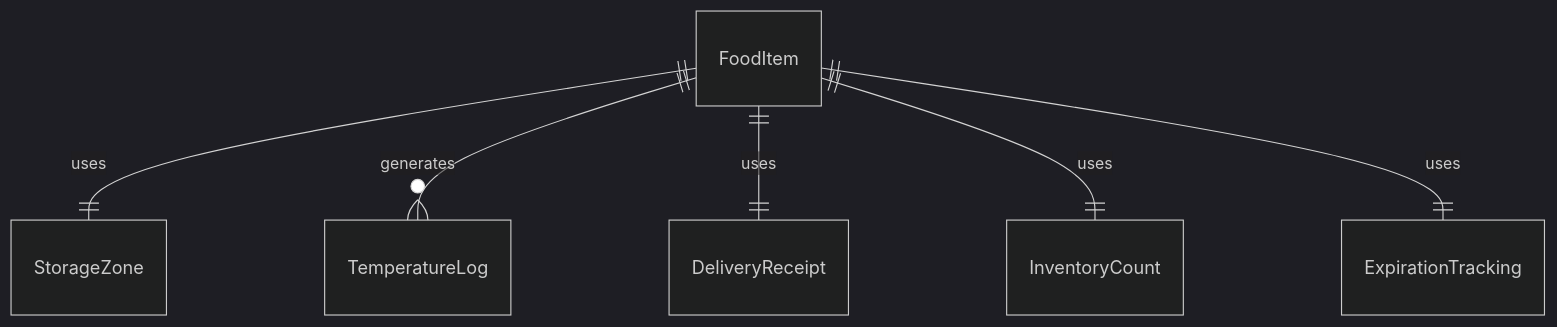
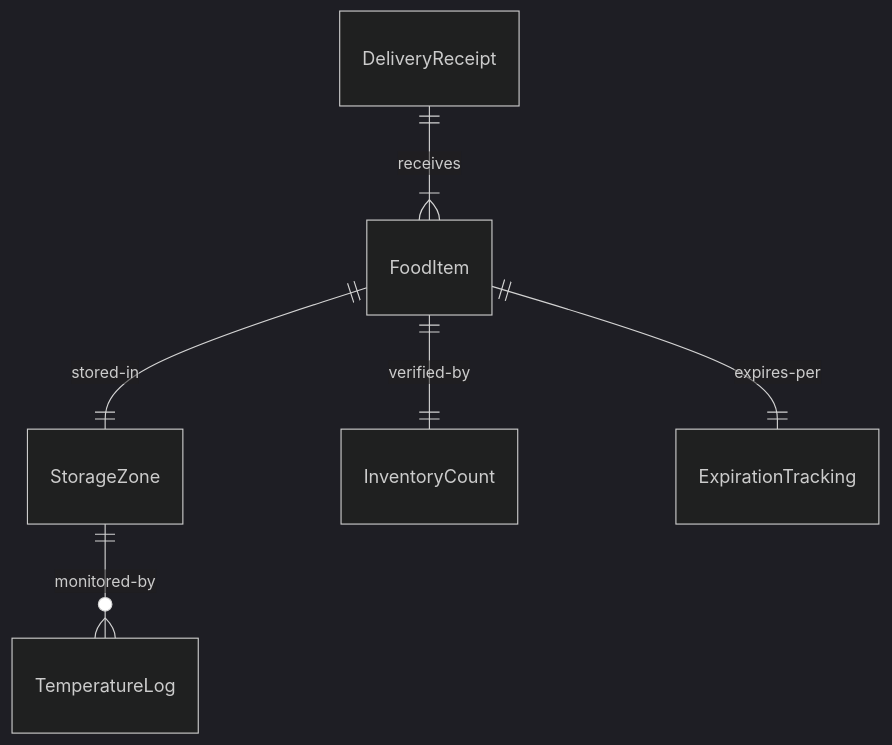
Before and after one commit to dot-org-ai/tasks.org.ai: the first of 4 diagrams in HandlingAndMovingObjects/StockSuppliesOrProducts/StoreSuppliesGoodsKitchensStorage.mdx, drawn with Mermaid (dark theme). The commit also changed other lines of this file and 515 other files, not shown here.

````diff
--- a/HandlingAndMovingObjects/StockSuppliesOrProducts/StoreSuppliesGoodsKitchensStorage.mdx
+++ b/HandlingAndMovingObjects/StockSuppliesOrProducts/StoreSuppliesGoodsKitchensStorage.mdx
@@ -88,8 +88,8 @@
 ```mermaid
 erDiagram
-    FoodItem ||--|| StorageZone : "uses"
-    FoodItem ||--o{ TemperatureLog : "generates"
-    FoodItem ||--|| DeliveryReceipt : "uses"
-    FoodItem ||--|| InventoryCount : "uses"
-    FoodItem ||--|| ExpirationTracking : "uses"
+    FoodItem ||--|| StorageZone : "stored-in"
+    StorageZone ||--o{ TemperatureLog : "monitored-by"
+    DeliveryReceipt ||--|{ FoodItem : "receives"
+    FoodItem ||--|| InventoryCount : "verified-by"
+    FoodItem ||--|| ExpirationTracking : "expires-per"
 ```
````
